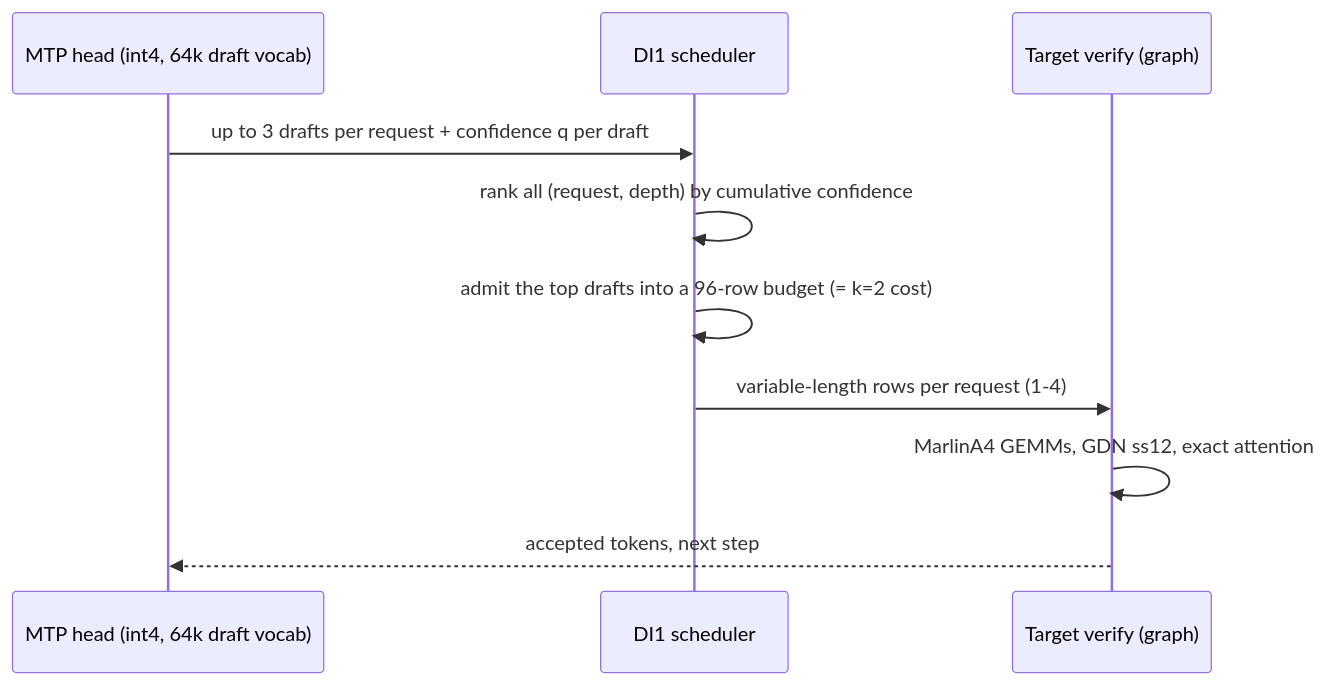
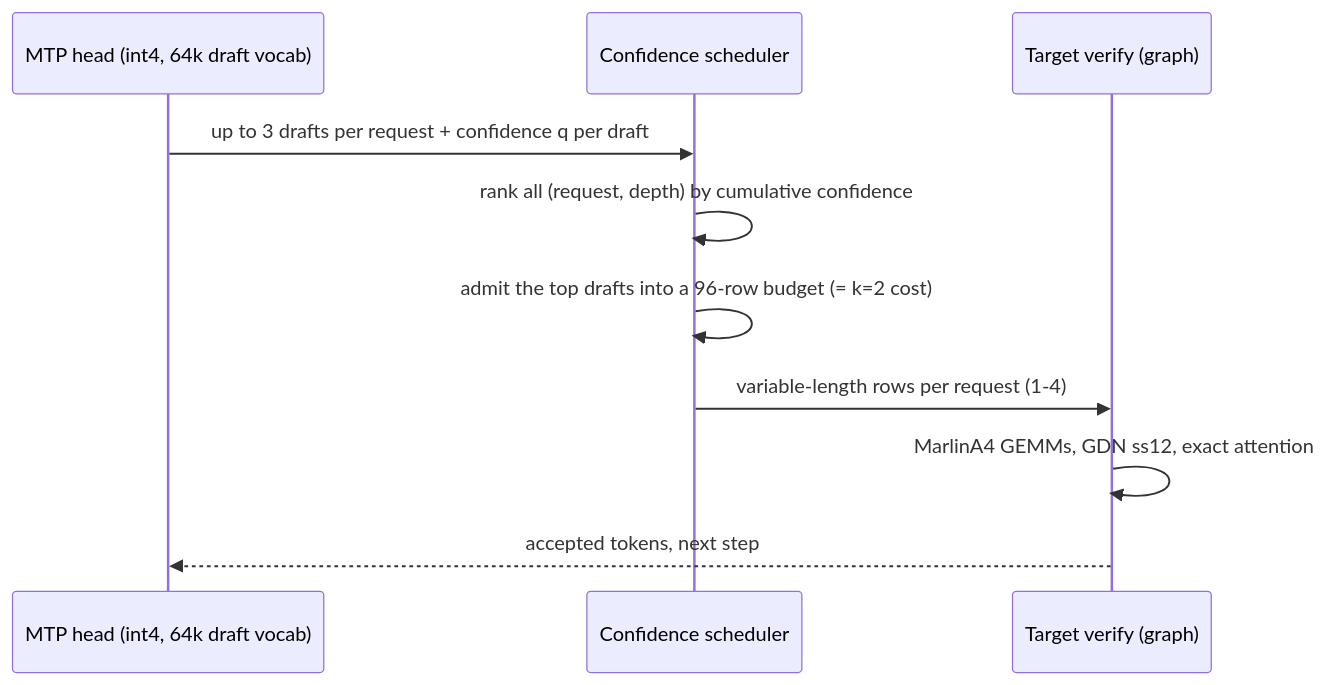
The second of 2 diagrams in docs/HOW_IT_WORKS.md (atdev-company/atdev-serve), drawn with Mermaid before and after one commit. The commit also changed other lines of this file and 120 other files, not shown here.

````diff
--- a/docs/HOW_IT_WORKS.md
+++ b/docs/HOW_IT_WORKS.md
@@ -114,12 +114,12 @@
 ```mermaid
 sequenceDiagram
     participant M as MTP head (int4, 64k draft vocab)
-    participant S as DI1 scheduler
+    participant S as Confidence scheduler
     participant T as Target verify (graph)
     M->>S: up to 3 drafts per request + confidence q per draft
     S->>S: rank all (request, depth) by cumulative confidence
     S->>S: admit the top drafts into a 96-row budget (= k=2 cost)
     S->>T: variable-length rows per request (1-4)
     T->>T: MarlinA4 GEMMs, GDN ss12, exact attention
     T-->>M: accepted tokens, next step
 ```
````
